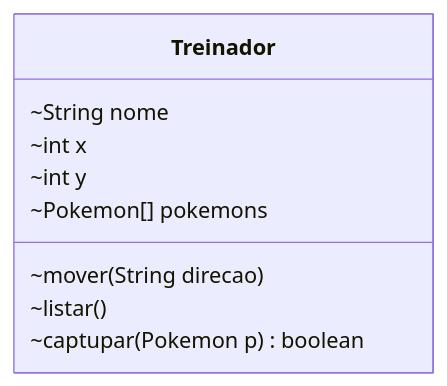
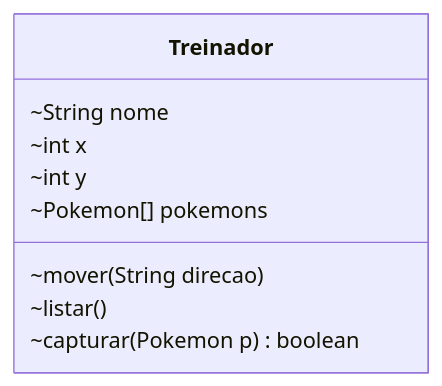
Before and after one commit to profBruno-UFC-Qx/oriented-object-programming: the diagram in praticas/pp01.md, drawn with Mermaid. The commit also changed other lines of this file, not shown here.

Commit message:
Corrigindo erro ortográfico e nome do método

```diff
--- a/praticas/pp01.md
+++ b/praticas/pp01.md
@@ -20,13 +20,13 @@
 <pre class="mermaid">
 
 classDiagram
 	class Treinador {
 	 	~String nome
 		~int x
 		~int y
 		~Pokemon[] pokemons
 		~mover(String direcao)
 		~listar()
-		~captupar(Pokemon p) boolean
+		~capturar(Pokemon p) boolean
 	}
 </pre>    
```
